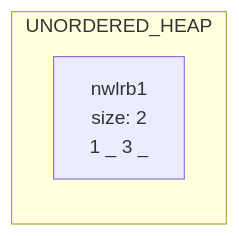
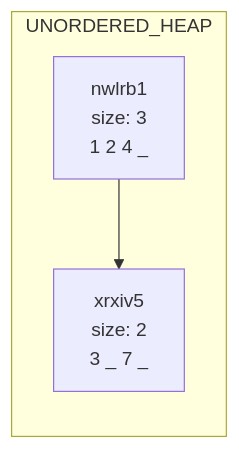
Before and after one commit to kjain1810/B-Trees: the second of 2 diagrams in data/chart.md, drawn with Mermaid. The commit also changed other lines of this file and 5 other files, not shown here.

````diff
--- a/data/chart.md
+++ b/data/chart.md
@@ -7,6 +11,8 @@
 ```mermaid
 graph LR
 subgraph UNORDERED_HEAP
-nwlrb1[nwlrb1<br/>size: 2<br/>1 _ 3 _ ]
+nwlrb1[nwlrb1<br/>size: 3<br/>1 2 4 _ ]
+xrxiv5[xrxiv5<br/>size: 2<br/>3 _ 7 _ ]
+nwlrb1-->xrxiv5
 end
 ```
````
